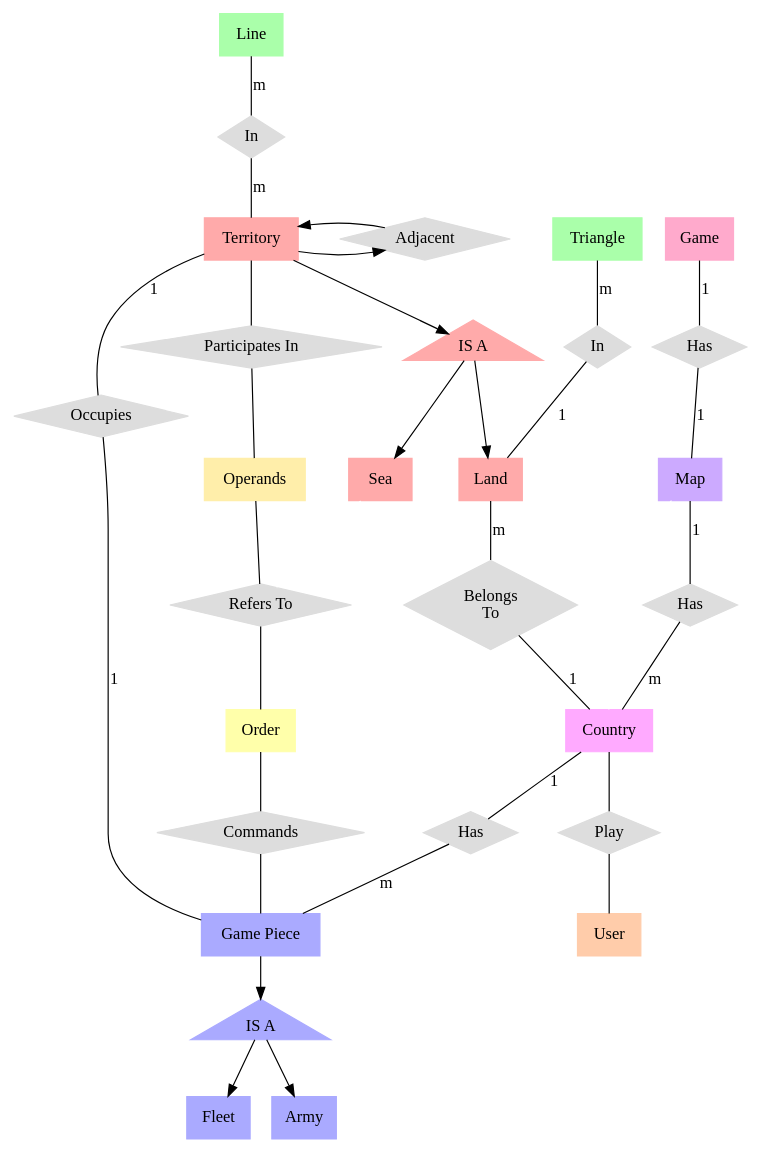
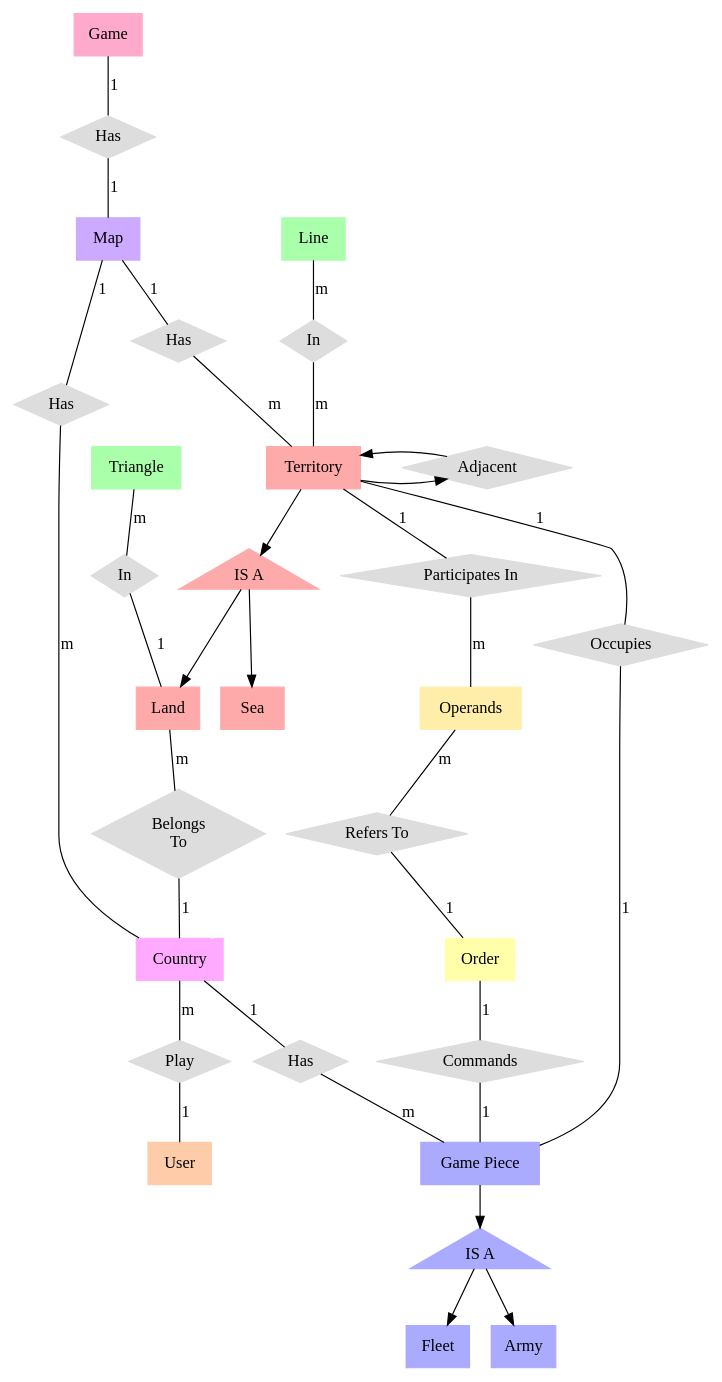
The diagram in papers/ER Diagram.dot (timtadh/diplomacy), drawn with Graphviz before and after one commit. The commit also changed 1 other file, not shown here.

Commit message:
More diagram updates
Steve Johnson <srj15@case.edu>

```diff
--- a/papers/ER Diagram.dot
+++ b/papers/ER Diagram.dot
@@ -1,87 +1,90 @@
 digraph structs{
     edge[len=2];
     GamePiece[shape=rect, label="Game Piece", style=filled, color="#aaaaff"];
     Game[shape=rect, style=filled, color="#ffaacc"];
     
     Country[shape=rect, style=filled, color="#ffaaff"];
     
     Occupies[shape=diamond, style=filled, color="#dddddd"];
     Commands[shape=diamond, style=filled, color="#dddddd"];
     
     Operands[shape=rect, style=filled, color="#ffeeaa"];
     Order[shape=rect, style=filled, color="#ffffaa"];
     refers_to[label="Refers To", shape=diamond, style=filled, color="#dddddd"];
     
     Map[shape=rect, style=filled, color="#ccaaff"];
     
     GameHasMap[label="Has", shape=diamond, style=filled, color="#dddddd"];
     
     LineInTerritory[shape=diamond, style=filled, color="#dddddd", label="In"];
     User[shape=rect, style=filled, color="#ffccaa"];
     
     Line[shape=rect, style=filled, color="#aaffaa"];
     Triangle[shape=rect, style=filled, color="#aaffaa"];
     
     ISA2[label="IS A", shape=triangle, style=filled, color="#aaaaff"];
     Fleet[shape=rect, style=filled, color="#aaaaff"];
     Army[shape=rect, style=filled, color="#aaaaff"];
     
     In[shape=diamond, style=filled, color="#dddddd"];
     Participates[label="Participates In", shape=diamond, style=filled, color="#dddddd"];
     
     belongs_to[label="Belongs\nTo", shape=diamond, style=filled, color="#dddddd"];
     
     CountryHasGamePiece[shape=diamond, style=filled, color="#dddddd", label="Has"];
+    MapHasTerritory[shape=diamond, style=filled, color="#dddddd", label="Has"];
     MapHasCountry[label="Has", shape=diamond, style=filled, color="#dddddd"];
     Play[shape=diamond, style=filled, color="#dddddd"];
     
     {
         ISA[label="IS A", shape=triangle, style=filled, color="#ffaaaa"];
         Sea[shape=rect, style=filled, color="#ffaaaa"];
         Land[shape=rect, style=filled, color="#ffaaaa"];
     }
     
     {
         rank=same;
         Territory[shape=rect, style=filled, color="#ffaaaa"];
         Adjacent[shape=diamond, style=filled, color="#dddddd"];
     }
     
     edge[label="1", arrowhead=none];
     In->Land;
     Territory->Occupies->GamePiece;
-    //GamePiece->Occupies->Territory;
     Country->CountryHasGamePiece;
     Map->MapHasCountry;
+    Map->MapHasTerritory;
     Game->GameHasMap->Map;
     belongs_to->Country;
+    Play->User;
+    Territory->Participates;
+    refers_to->Order;
+    Order->Commands;
+    Commands->GamePiece
     
     edge[label="m", arrowhead=none];
     Line->LineInTerritory->Territory
     Triangle->In;
     Land->belongs_to;
     MapHasCountry->Country;
+    MapHasTerritory->Territory;
     CountryHasGamePiece->GamePiece;
+    Country->Play;
+    Participates->Operands;
+    Operands->refers_to;
 
     edge[label="", arrowhead=normal];
     ISA->Sea;
     ISA->Land;
     Territory->ISA
     Territory->Adjacent;
     Adjacent->Territory;
     GamePiece->ISA2;
     ISA2->Fleet;
     ISA2->Army;
     
-    edge[label="", arrowhead=none];
-    Country->Play;
-    Play->User;
-    Territory->Participates;
-    Participates->Operands;
-    Operands->refers_to->Order->Commands->GamePiece;
-    
     //invisible lines to assist formatting
     edge[label="", color="white"];
-    Sea->refers_to;
-    Map->Country;
+    Operands->Order;
+    refers_to->Country;
 }
```
